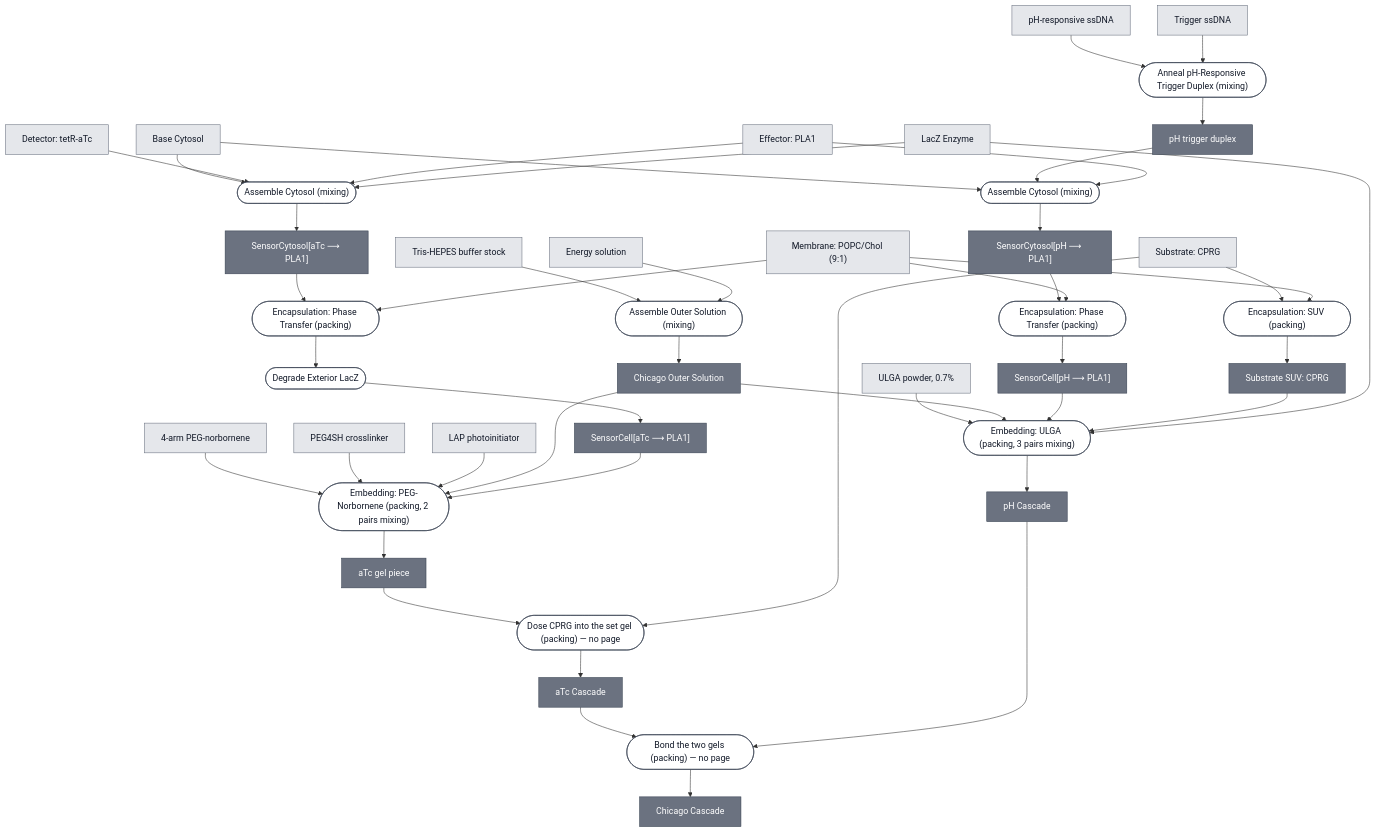
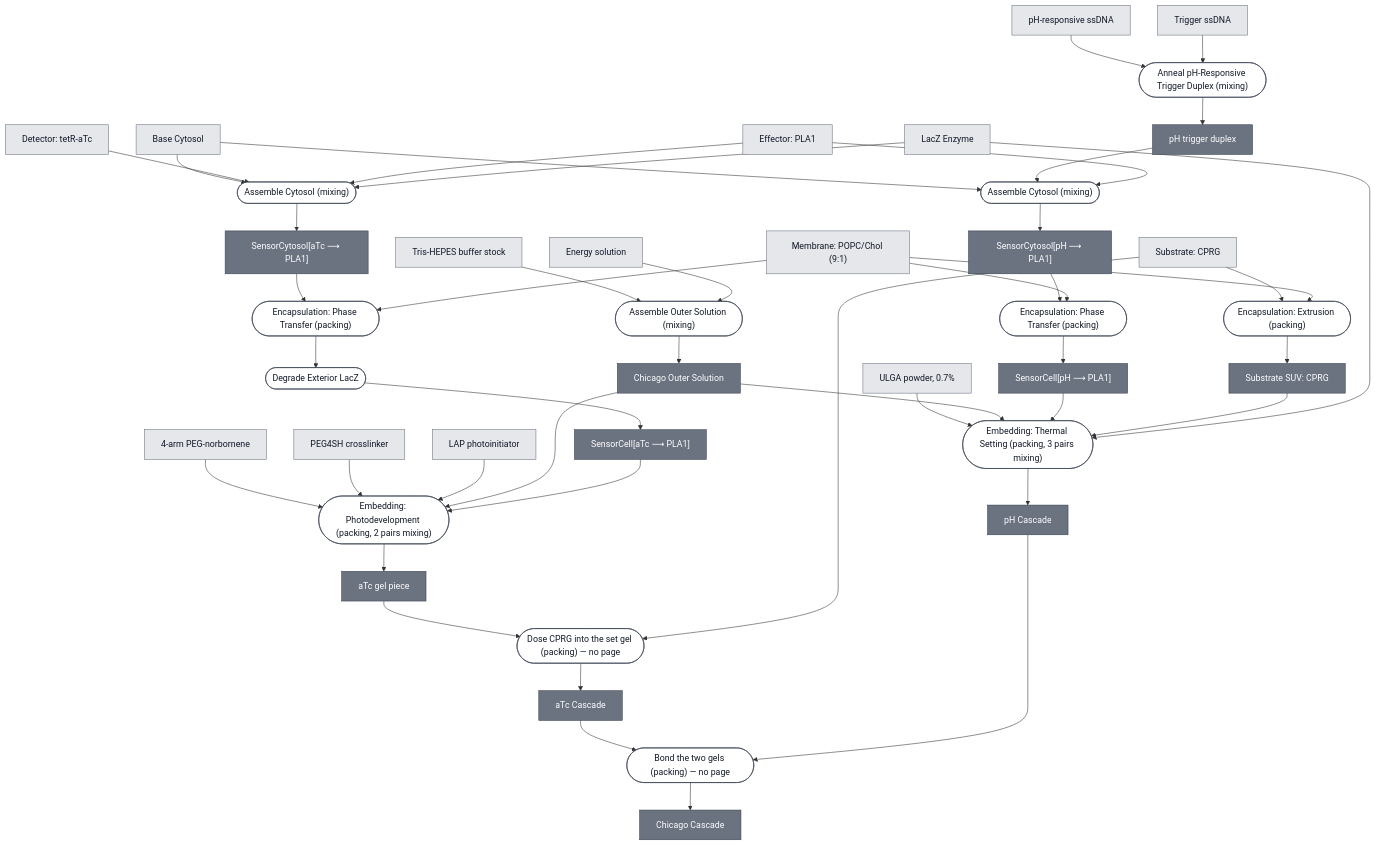
The diagram in docs/modules/chicago-cascade/spec.md (nucleus-eng/nucleus-docs), drawn with Mermaid before and after one commit. The commit also changed other lines of this file and 50 other files, not shown here.

````diff
--- a/docs/modules/chicago-cascade/spec.md
+++ b/docs/modules/chicago-cascade/spec.md
@@ -58,7 +58,7 @@
     P3_ENCAPSULATE_ATC_0(["Encapsulation: Phase Transfer (packing)"])
     P3_ENCAPSULATE_ATC_1(["Degrade Exterior LacZ"])
     ATC_SENSING_CELL["SensorCell[aTc ⟶ PLA1]"]
-    P4_PHOTODEVELOP_ATC_GEL_0(["Embedding: PEG-Norbornene (packing, 2 pairs mixing)"])
+    P4_PHOTODEVELOP_ATC_GEL_0(["Embedding: Photodevelopment (packing, 2 pairs mixing)"])
     ATC_GEL["aTc gel piece"]
     P5_DOSE_CPRG_INTO_ATC_GEL_0(["Dose CPRG into the set gel (packing) — no page"])
     ATC_CASCADE["aTc Cascade"]
@@ -68,9 +68,9 @@
     PH_SENSOR_CYTOSOL["SensorCytosol[pH ⟶ PLA1]"]
     P8_ENCAPSULATE_PH_0(["Encapsulation: Phase Transfer (packing)"])
     PH_SENSING_CELL["SensorCell[pH ⟶ PLA1]"]
-    P9_ENCAPSULATE_SUBSTRATE_SUV_0(["Encapsulation: SUV (packing)"])
+    P9_ENCAPSULATE_SUBSTRATE_SUV_0(["Encapsulation: Extrusion (packing)"])
     SUBSTRATE_CPRG_SUV["Substrate SUV: CPRG"]
-    P10_EMBED_AGAROSE_0(["Embedding: ULGA (packing, 3 pairs mixing)"])
+    P10_EMBED_AGAROSE_0(["Embedding: Thermal Setting (packing, 3 pairs mixing)"])
     PH_CASCADE["pH Cascade"]
     P11_BOND_GELS_0(["Bond the two gels (packing) — no page"])
     CHICAGO_CASCADE["Chicago Cascade"]
@@ -152,7 +152,7 @@
     click P3_ENCAPSULATE_ATC_0 "/docs/processes/assemble-base-cell/main"
     click P3_ENCAPSULATE_ATC_1 "/docs/processes/degrade-exterior-lacz/main"
     click ATC_SENSING_CELL "/docs/modules/atc-sensing-cell/spec"
-    click P4_PHOTODEVELOP_ATC_GEL_0 "/docs/processes/embed-peg-norbornene/main"
+    click P4_PHOTODEVELOP_ATC_GEL_0 "/docs/processes/embed-photodevelopment/main"
     click ATC_CASCADE "/docs/modules/atc-cascade/spec"
     click P6_ANNEAL_TRIGGER_DUPLEX_0 "/docs/processes/anneal-ph-trigger-duplex/main"
     click PH_TRIGGER_DUPLEX "/docs/modules/detector-ph/spec"
@@ -162,7 +162,7 @@
     click PH_SENSING_CELL "/docs/modules/ph-sensing-cell/spec"
     click P9_ENCAPSULATE_SUBSTRATE_SUV_0 "/docs/processes/encapsulate-suv/main"
     click SUBSTRATE_CPRG_SUV "/docs/modules/substrate-cprg-suv/spec"
-    click P10_EMBED_AGAROSE_0 "/docs/processes/embed-ulga-hydrogel/main"
+    click P10_EMBED_AGAROSE_0 "/docs/processes/embed-thermal-setting/main"
     click PH_CASCADE "/docs/modules/ph-cascade/spec"
     click CHICAGO_CASCADE "/docs/modules/chicago-cascade/spec"
 ```
````
